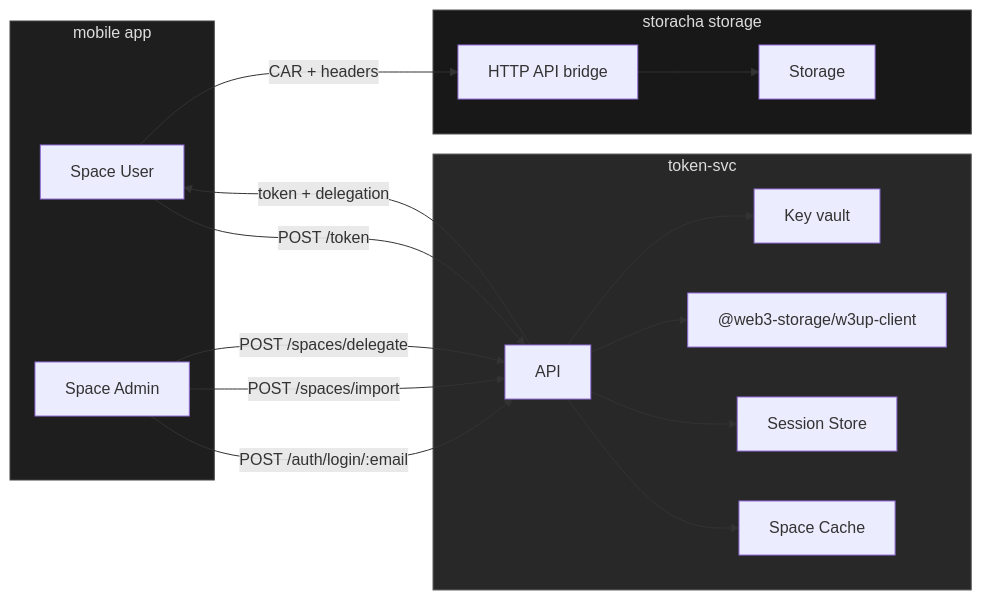
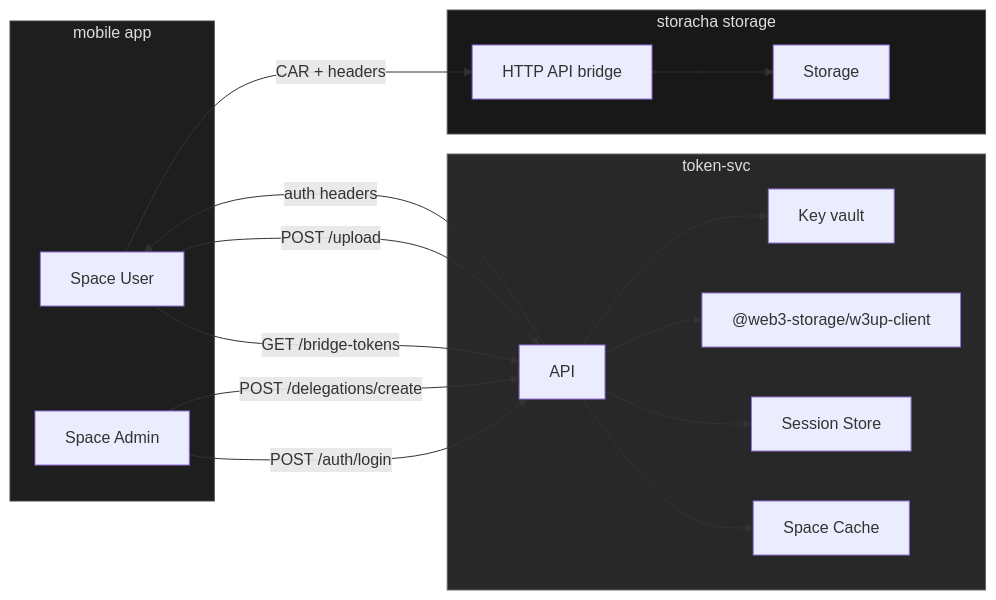
The first of 2 diagrams in README.md (hyphacoop/save-storacha), drawn with Mermaid before and after one commit. The commit also changed other lines of this file, not shown here.

````diff
--- a/README.md
+++ b/README.md
@@ -37,39 +32,39 @@
 ```mermaid
 flowchart LR
     %% mobile clients
     subgraph Mobile["mobile app"]
         style Mobile fill:#1e1e1e,stroke:#444,color:#ddd
         UA["Space User"]
         AA["Space Admin"]
     end
 
     %% token service
     subgraph TokenSvc["token-svc"]
         style TokenSvc fill:#282828,stroke:#666,color:#ddd
         API["API"]
         KV["Key vault"]
         SDK["@web3-storage/w3up-client"]
         Session["Session Store"]
         Cache["Space Cache"]
         API --> KV
         API --> SDK
         API --> Session
         API --> Cache
     end
 
     %% storacha storage
     subgraph Storacha["storacha storage"]
         style Storacha fill:#181818,stroke:#555,color:#ddd
         BR["HTTP API bridge"]
         DB["Storage"]
         BR --> DB
     end
 
     %% flows
-    AA -- "POST /auth/login/:email" --> API
-    AA -- "POST /spaces/import" --> API
-    AA -- "POST /spaces/delegate" --> API
-    UA -- "POST /token" --> API
-    API -- "token + delegation" --> UA
+    AA -- "POST /auth/login" --> API
+    AA -- "POST /delegations/create" --> API
+    UA -- "GET /bridge-tokens" --> API
+    API -- "auth headers" --> UA
     UA -- "CAR + headers" --> BR
+    UA -- "POST /upload" --> API
 ```
````
